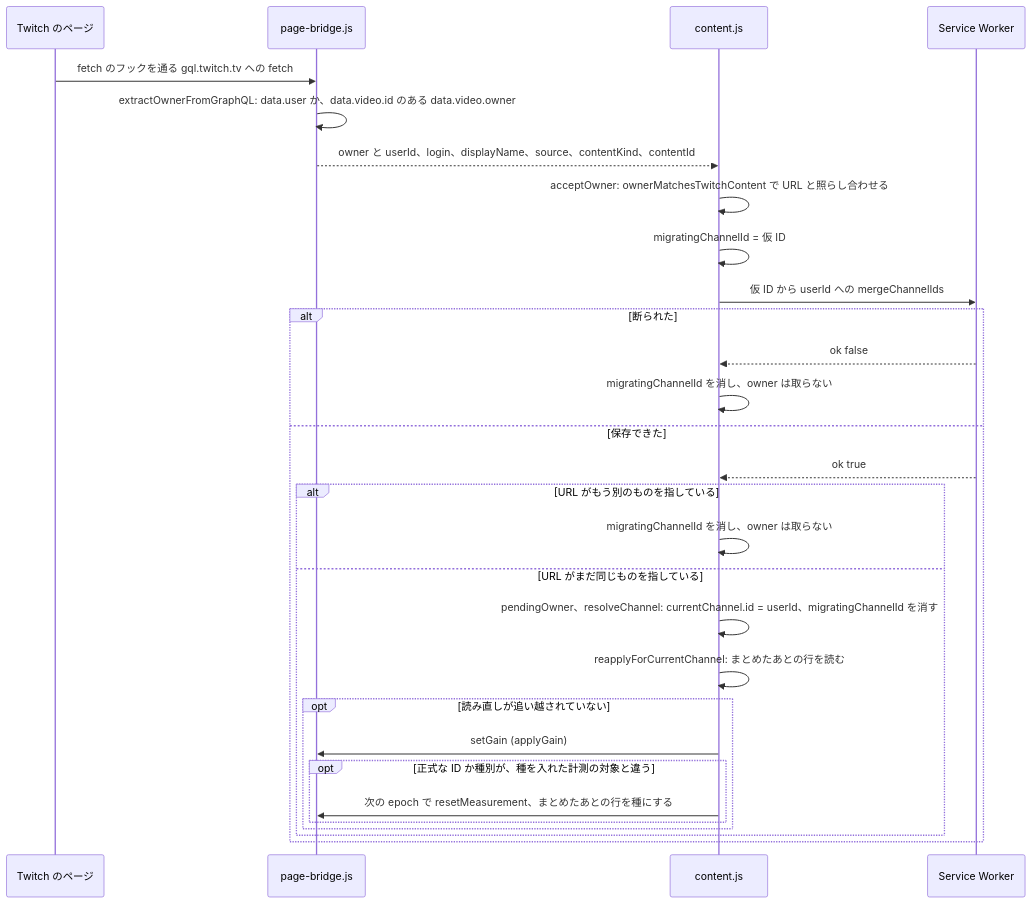
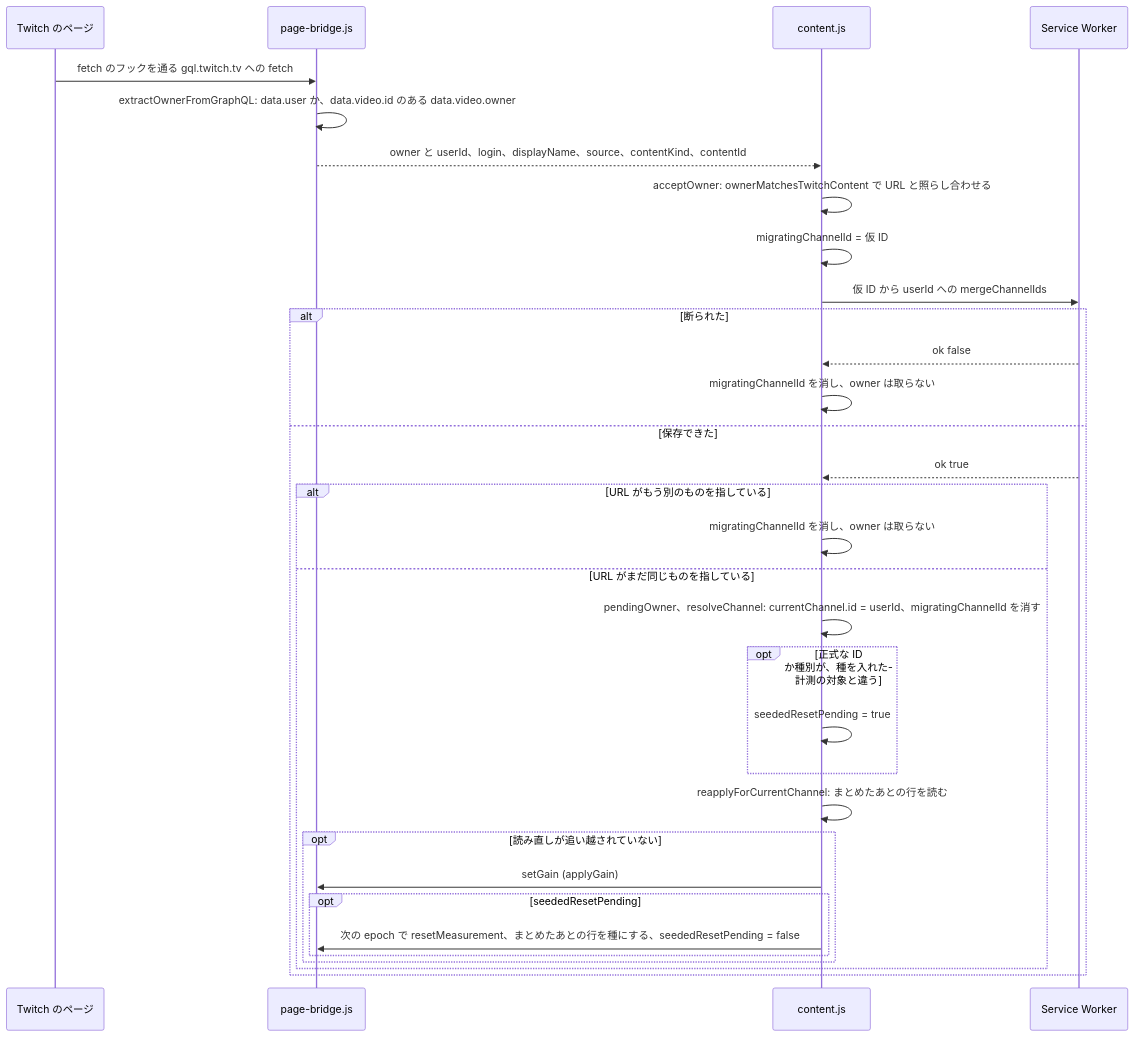
One commit to semnil/twitch-channel-volume changed diagram 11 of 17 in docs/gain-change-and-save.ja.md. Above: the diagram before and after it, drawn with Mermaid. The commit also changed other lines of this file and 5 other files, not shown here.

````diff
--- a/docs/gain-change-and-save.ja.md
+++ b/docs/gain-change-and-save.ja.md
@@ -471,31 +471,34 @@
 ```mermaid
 sequenceDiagram
   participant page as Twitch のページ
   participant bridge as page-bridge.js
   participant content as content.js
   participant sw as Service Worker
   page->>bridge: fetch のフックを通る gql.twitch.tv への fetch
   bridge->>bridge: extractOwnerFromGraphQL: data.user か、data.video.id のある data.video.owner
   bridge-->>content: owner と userId、login、displayName、source、contentKind、contentId
   content->>content: acceptOwner: ownerMatchesTwitchContent で URL と照らし合わせる
   content->>content: migratingChannelId = 仮 ID
   content->>sw: 仮 ID から userId への mergeChannelIds
   alt 断られた
     sw-->>content: ok false
     content->>content: migratingChannelId を消し、owner は取らない
   else 保存できた
     sw-->>content: ok true
     alt URL がもう別のものを指している
       content->>content: migratingChannelId を消し、owner は取らない
     else URL がまだ同じものを指している
       content->>content: pendingOwner、resolveChannel: currentChannel.id = userId、migratingChannelId を消す
+      opt 正式な ID か種別が、種を入れた計測の対象と違う
+        content->>content: seededResetPending = true
+      end
       content->>content: reapplyForCurrentChannel: まとめたあとの行を読む
       opt 読み直しが追い越されていない
         content->>bridge: setGain (applyGain)
-        opt 正式な ID か種別が、種を入れた計測の対象と違う
-          content->>bridge: 次の epoch で resetMeasurement、まとめたあとの行を種にする
+        opt seededResetPending
+          content->>bridge: 次の epoch で resetMeasurement、まとめたあとの行を種にする、seededResetPending = false
         end
       end
     end
   end
 ```
````
